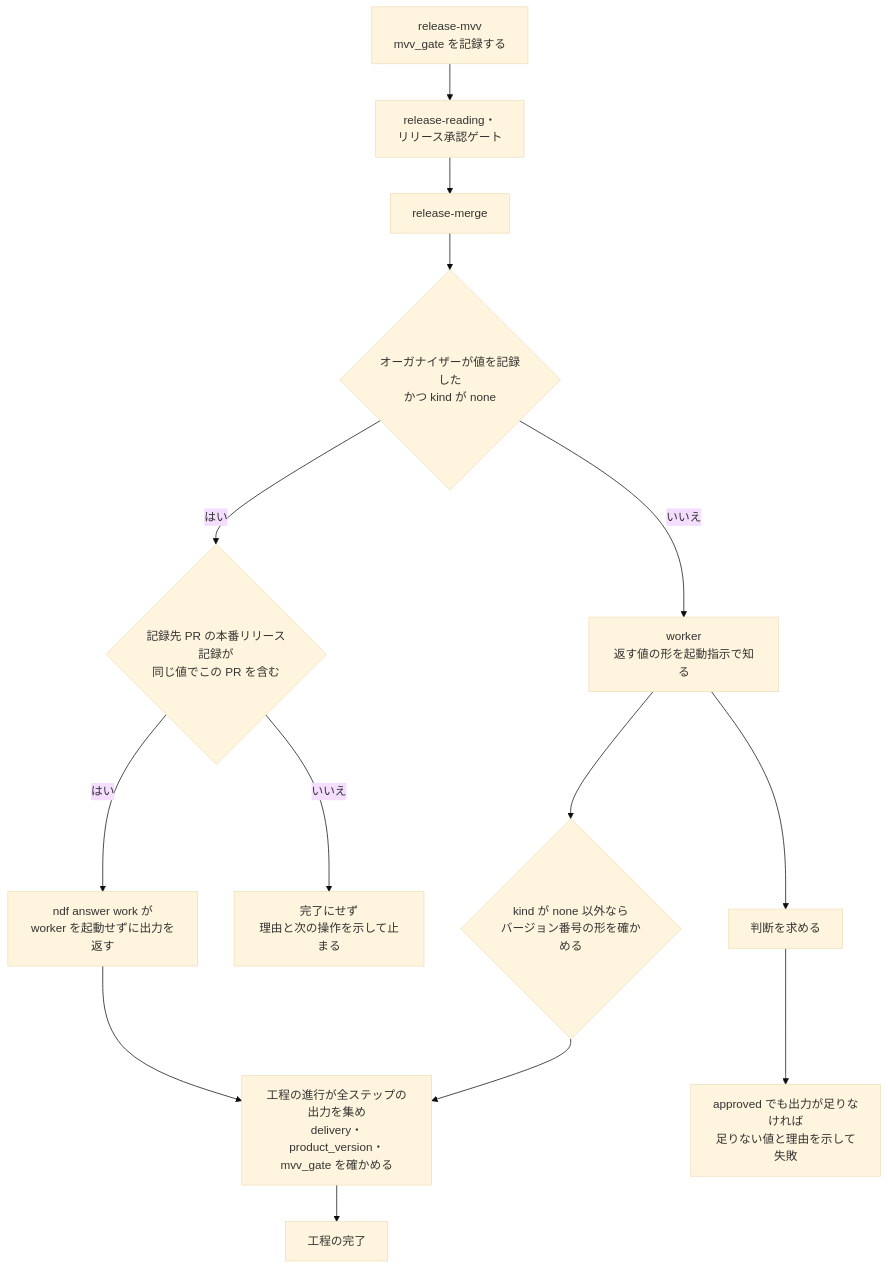
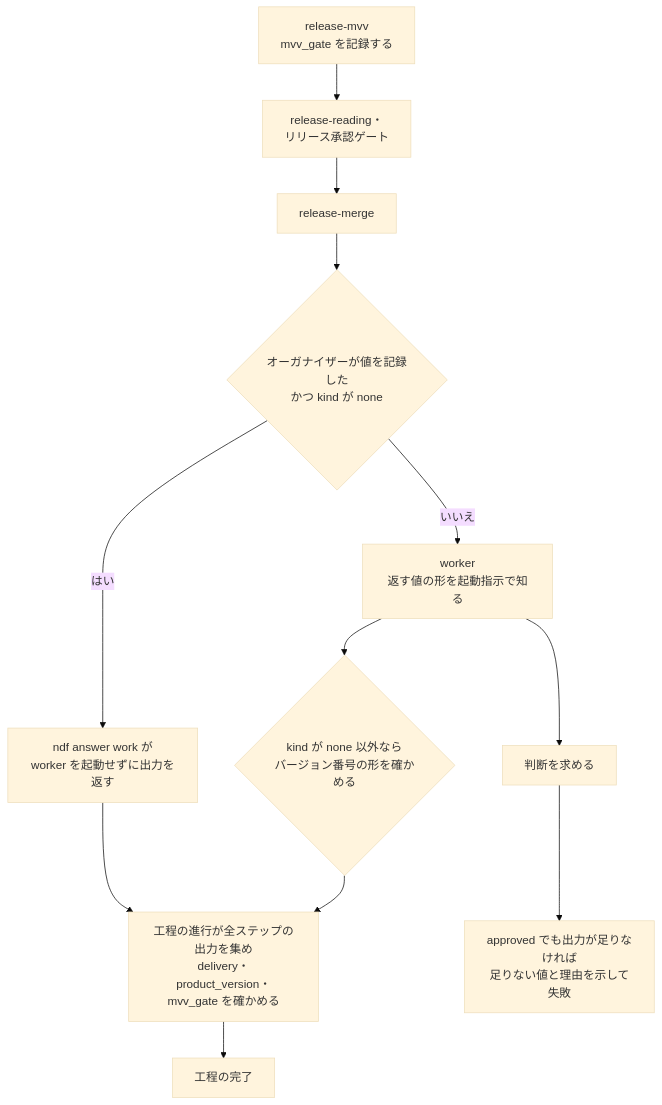
The second of 3 diagrams in issues/issue-4513-design.md (devbasex/ai-plugins), drawn with Mermaid (base theme) before and after one commit. The commit also changed other lines of this file and 3 other files, not shown here.

````diff
--- a/issues/issue-4513-design.md
+++ b/issues/issue-4513-design.md
@@ -57,16 +56,14 @@
 ```mermaid
 graph TD
   mvv["release-mvv<br>mvv_gate を記録する"] --> gate["release-reading・<br>リリース承認ゲート"]
   gate --> merge["release-merge"]
   merge --> q{"オーガナイザーが値を記録した<br>かつ kind が none"}
-  q -->|はい| rec{"記録先 PR の本番リリース記録が<br>同じ値でこの PR を含む"}
-  rec -->|はい| script["ndf answer work が<br>worker を起動せずに出力を返す"]
-  rec -->|いいえ| nodone["完了にせず<br>理由と次の操作を示して止まる"]
+  q -->|はい| script["ndf answer work が<br>worker を起動せずに出力を返す"]
   q -->|いいえ| worker["worker<br>返す値の形を起動指示で知る"]
   worker --> check{"kind が none 以外なら<br>バージョン番号の形を確かめる"}
   script --> sum["工程の進行が全ステップの出力を集め<br>delivery・product_version・mvv_gate を確かめる"]
   check --> sum
   sum --> done["工程の完了"]
   worker --> ask["判断を求める"]
   ask --> fail["approved でも出力が足りなければ<br>足りない値と理由を示して失敗"]
 ```
````
